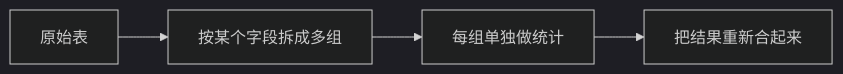
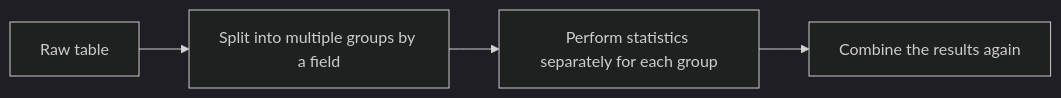
One commit to oudbiao/AI-fullstack-course changed the first of 2 diagrams in docs/ch03-data-analysis/ch03-pandas/06-groupby.md. Above: the diagram before and after it, drawn with Mermaid (dark theme). The commit also changed other lines of this file and 1406 other files, not shown here.

````diff
--- a/docs/ch03-data-analysis/ch03-pandas/06-groupby.md
+++ b/docs/ch03-data-analysis/ch03-pandas/06-groupby.md
@@ -37,6 +37,6 @@
 ```mermaid
 flowchart LR
-    A["原始表"] --> B["按某个字段拆成多组"]
-    B --> C["每组单独做统计"]
-    C --> D["把结果重新合起来"]
+    A["Raw table"] --> B["Split into multiple groups by a field"]
+    B --> C["Perform statistics separately for each group"]
+    C --> D["Combine the results again"]
 ```
````
